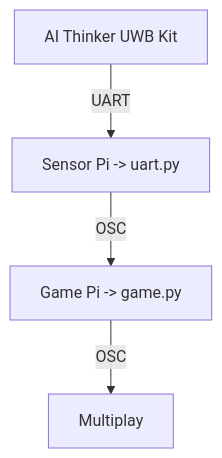
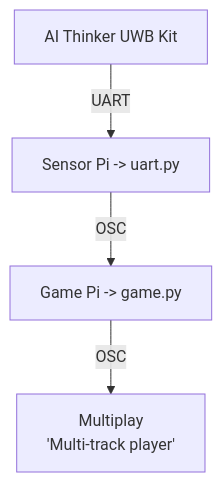
One commit to JoashYeoh/EGL314_Team-A changed the diagram in README.md. Above: the diagram before and after it, drawn with Mermaid. The commit also changed 1 other file, not shown here.

Commit message:
architecture.md initial complete

````diff
--- a/README.md
+++ b/README.md
@@ -31,6 +31,7 @@
 ```mermaid
 flowchart 
     A[AI Thinker UWB Kit] -->|UART| B[Sensor Pi -> uart.py]
     B -->|OSC| c[Game Pi -> game.py]
-    c -->|OSC| D[Multiplay]
+    c -->|OSC| D[Multiplay
+    'Multi-track player']
 ```
````
